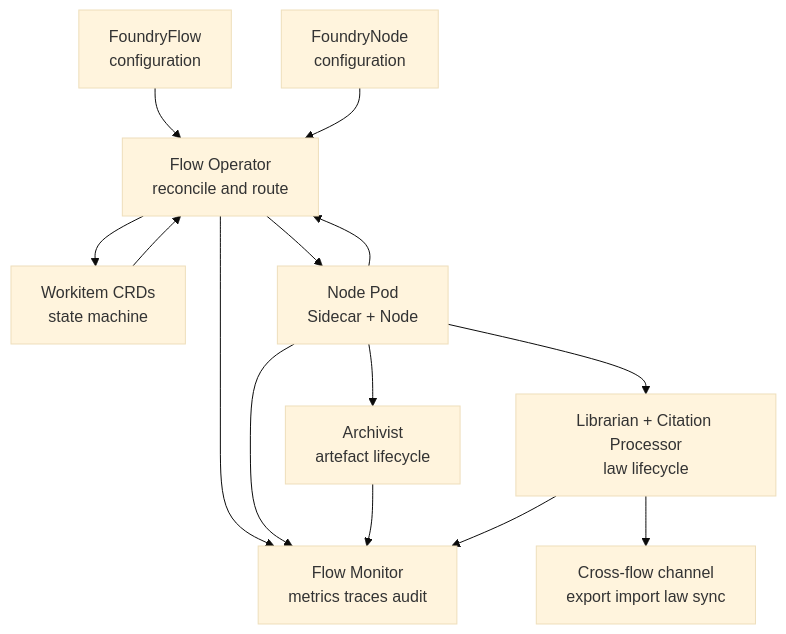
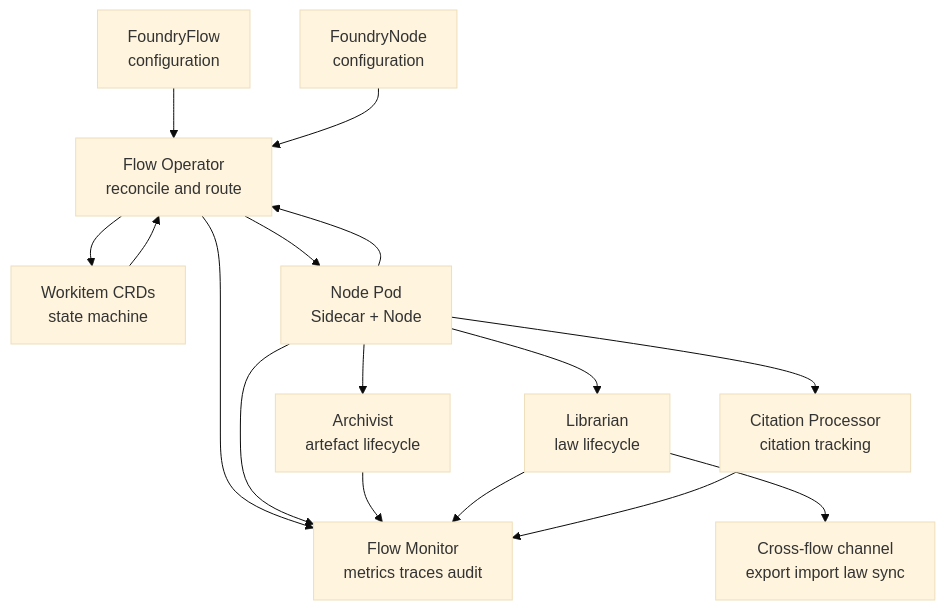
Before and after one commit to really-knows-ai/gideas: the first of 3 diagrams in 02-flow/00-overview.md, drawn with Mermaid (base theme). The commit also changed other lines of this file and 14 other files, not shown here.

````diff
--- a/02-flow/00-overview.md
+++ b/02-flow/00-overview.md
@@ -19,21 +17,23 @@
 ```mermaid
 flowchart TD
     FF["FoundryFlow<br/>configuration"] --> OP["Flow Operator<br/>reconcile and route"]
     FN["FoundryNode<br/>configuration"] --> OP
 
     OP --> WI["Workitem CRDs<br/>state machine"]
     WI --> OP
 
     OP --> SC["Node Pod<br/>Sidecar + Node"]
     SC --> OP
 
     SC --> AR["Archivist<br/>artefact lifecycle"]
-    SC --> LB["Librarian + Citation Processor<br/>law lifecycle"]
+    SC --> LB["Librarian<br/>law lifecycle"]
+    SC --> CP["Citation Processor<br/>citation tracking"]
 
     OP --> FM["Flow Monitor<br/>metrics traces audit"]
     SC --> FM
     AR --> FM
     LB --> FM
+    CP --> FM
 
     LB --> XF["Cross-flow channel<br/>export import law sync"]
 ```
````
